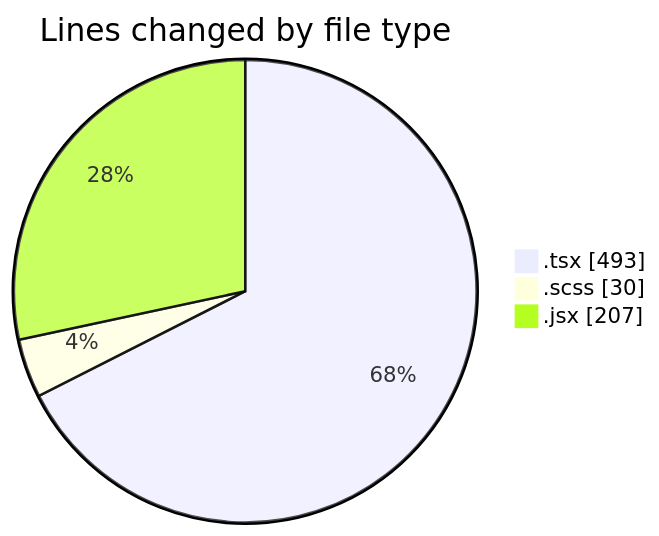
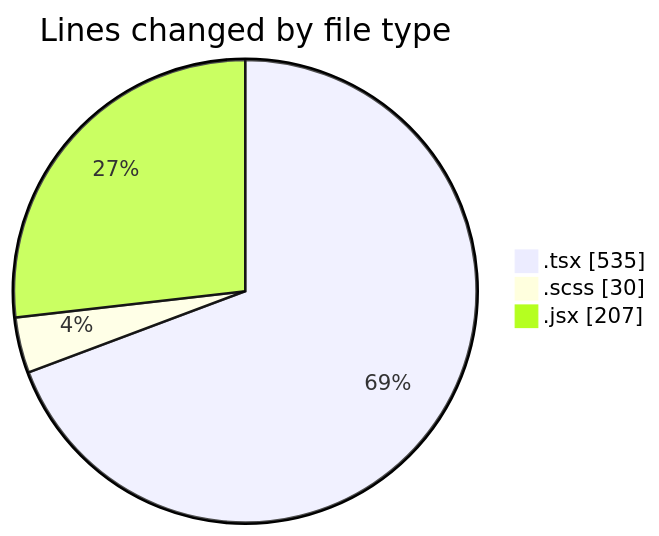
One commit to momahboobian/code-tracking changed the first of 2 diagrams in 2026-07-23/cda/README.md. Above: the diagram before and after it, drawn with Mermaid. The commit also changed other lines of this file and 1 other file, not shown here.

````diff
--- a/2026-07-23/cda/README.md
+++ b/2026-07-23/cda/README.md
@@ -25,7 +25,7 @@
 ```mermaid
 pie showData
 title Lines changed by file type
-".tsx" : 493
+".tsx" : 535
 ".scss" : 30
 ".jsx" : 207
 ```
````
